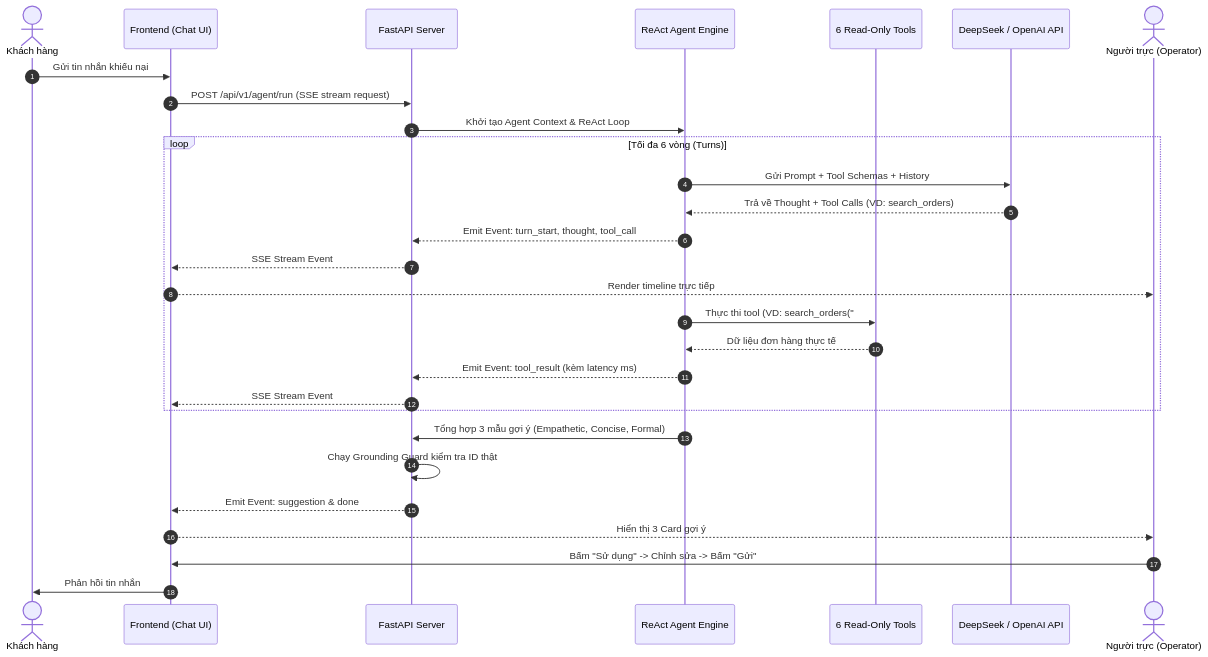
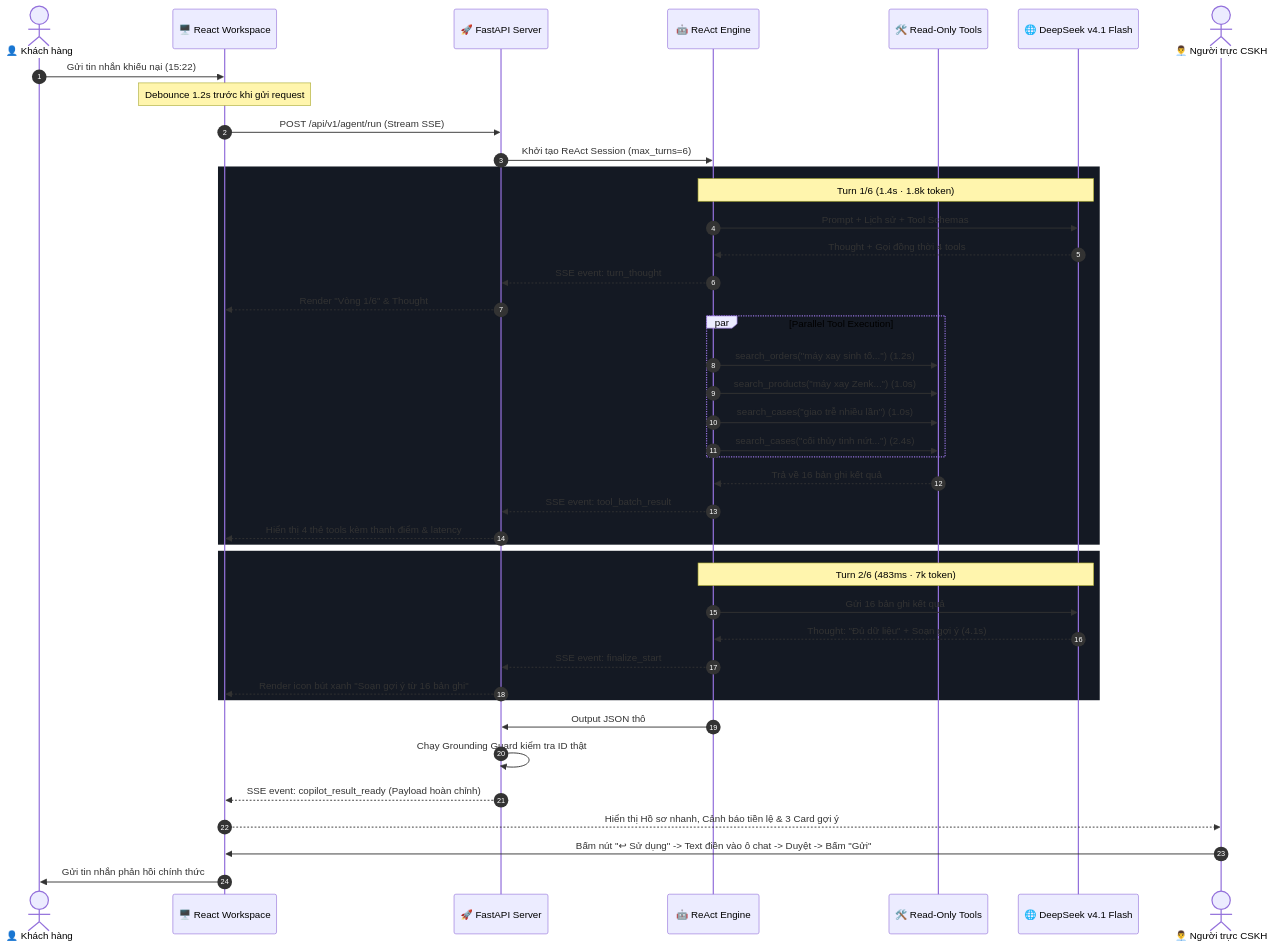
The first of 2 diagrams in docs/implementation/release-1/technical-design.md (phamvantienkiz/copilot-support), drawn with Mermaid before and after one commit. The commit also changed other lines of this file and 15 other files, not shown here.

````diff
--- a/docs/implementation/release-1/technical-design.md
+++ b/docs/implementation/release-1/technical-design.md
@@ -10,35 +11,48 @@
 ```mermaid
 sequenceDiagram
     autonumber
-    actor Customer as Khách hàng
-    participant Frontend as Frontend (Chat UI)
-    participant FastAPI as FastAPI Server
-    participant Agent as ReAct Agent Engine
-    participant Tools as 6 Read-Only Tools
-    participant LLM as DeepSeek / OpenAI API
-    actor Operator as Người trực (Operator)
+    actor Customer as 👤 Khách hàng
+    participant Frontend as 🖥️ React Workspace
+    participant FastAPI as 🚀 FastAPI Server
+    participant Agent as 🤖 ReAct Engine
+    participant Tools as 🛠️ Read-Only Tools
+    participant LLM as 🌐 DeepSeek v4.1 Flash
+    actor Operator as 👨‍💼 Người trực CSKH
 
-    Customer->>Frontend: Gửi tin nhắn khiếu nại
-    Frontend->>FastAPI: POST /api/v1/agent/run (SSE stream request)
-    FastAPI->>Agent: Khởi tạo Agent Context & ReAct Loop
+    Customer->>Frontend: Gửi tin nhắn khiếu nại (15:22)
+    Note over Frontend: Debounce 1.2s trước khi gửi request
+    Frontend->>FastAPI: POST /api/v1/agent/run (Stream SSE)
+    FastAPI->>Agent: Khởi tạo ReAct Session (max_turns=6)
     
-    loop Tối đa 6 vòng (Turns)
-        Agent->>LLM: Gửi Prompt + Tool Schemas + History
-        LLM-->>Agent: Trả về Thought + Tool Calls (VD: search_orders)
-        Agent-->>FastAPI: Emit Event: turn_start, thought, tool_call
-        FastAPI-->>Frontend: SSE Stream Event
-        Frontend-->>Operator: Render timeline trực tiếp
-        
-        Agent->>Tools: Thực thi tool (VD: search_orders("#10032"))
-        Tools-->>Agent: Dữ liệu đơn hàng thực tế
-        Agent-->>FastAPI: Emit Event: tool_result (kèm latency ms)
-        FastAPI-->>Frontend: SSE Stream Event
+    rect rgb(20, 25, 35)
+        Note over Agent,LLM: Turn 1/6 (1.4s · 1.8k token)
+        Agent->>LLM: Prompt + Lịch sử + Tool Schemas
+        LLM-->>Agent: Thought + Gọi đồng thời 4 tools
+        Agent-->>FastAPI: SSE event: turn_thought
+        FastAPI-->>Frontend: Render "Vòng 1/6" & Thought
+        par Parallel Tool Execution
+            Agent->>Tools: search_orders("máy xay sinh tố...") (1.2s)
+            Agent->>Tools: search_products("máy xay Zenk...") (1.0s)
+            Agent->>Tools: search_cases("giao trễ nhiều lần") (1.0s)
+            Agent->>Tools: search_cases("cối thủy tinh nứt...") (2.4s)
+        end
+        Tools-->>Agent: Trả về 16 bản ghi kết quả
+        Agent-->>FastAPI: SSE event: tool_batch_result
+        FastAPI-->>Frontend: Hiển thị 4 thẻ tools kèm thanh điểm & latency
     end
 
-    Agent->>FastAPI: Tổng hợp 3 mẫu gợi ý (Empathetic, Concise, Formal)
+    rect rgb(20, 25, 35)
+        Note over Agent,LLM: Turn 2/6 (483ms · 7k token)
+        Agent->>LLM: Gửi 16 bản ghi kết quả
+        LLM-->>Agent: Thought: "Đủ dữ liệu" + Soạn gợi ý (4.1s)
+        Agent-->>FastAPI: SSE event: finalize_start
+        FastAPI-->>Frontend: Render icon bút xanh "Soạn gợi ý từ 16 bản ghi"
+    end
+
+    Agent->>FastAPI: Output JSON thô
     FastAPI->>FastAPI: Chạy Grounding Guard kiểm tra ID thật
-    FastAPI-->>Frontend: Emit Event: suggestion & done
-    Frontend-->>Operator: Hiển thị 3 Card gợi ý
-    Operator->>Frontend: Bấm "Sử dụng" -> Chỉnh sửa -> Bấm "Gửi"
-    Frontend->>Customer: Phản hồi tin nhắn
+    FastAPI-->>Frontend: SSE event: copilot_result_ready (Payload hoàn chỉnh)
+    Frontend-->>Operator: Hiển thị Hồ sơ nhanh, Cảnh báo tiền lệ & 3 Card gợi ý
+    Operator->>Frontend: Bấm nút "↩ Sử dụng" -> Text điền vào ô chat -> Duyệt -> Bấm "Gửi"
+    Frontend->>Customer: Gửi tin nhắn phản hồi chính thức
 ```
````
